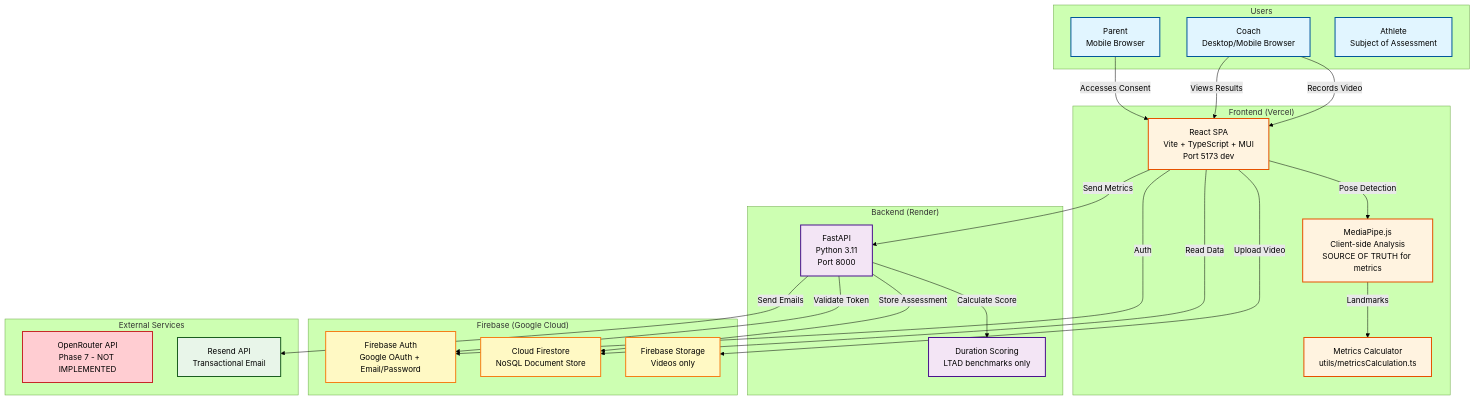
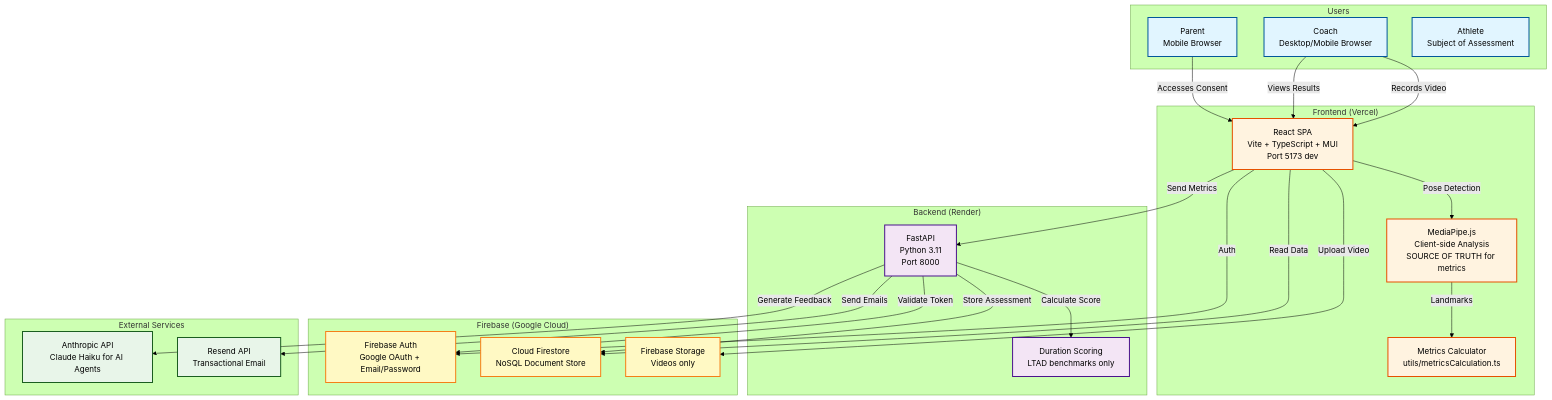
The first of 6 diagrams in ARCHITECTURE.md (finessevanes/ltad-coach), drawn with Mermaid (forest theme) before and after one commit. The commit also changed other lines of this file and 2 other files, not shown here.

First line of the commit message:
chore: update documentation and architecture to reflect Phase 7 completion

````diff
--- a/ARCHITECTURE.md
+++ b/ARCHITECTURE.md
@@ -49,60 +49,60 @@
 ```mermaid
 graph TB
     subgraph Users
         Coach[Coach<br/>Desktop/Mobile Browser]
         Parent[Parent<br/>Mobile Browser]
         Athlete[Athlete<br/>Subject of Assessment]
     end
 
     subgraph "Frontend (Vercel)"
         React[React SPA<br/>Vite + TypeScript + MUI<br/>Port 5173 dev]
         MediaPipeJS[MediaPipe.js<br/>Client-side Analysis<br/>SOURCE OF TRUTH for metrics]
         MetricsCalc[Metrics Calculator<br/>utils/metricsCalculation.ts]
     end
 
     subgraph "Backend (Render)"
         FastAPI[FastAPI<br/>Python 3.11<br/>Port 8000]
         DurationScore[Duration Scoring<br/>LTAD benchmarks only]
     end
 
     subgraph "Firebase (Google Cloud)"
         FireAuth[Firebase Auth<br/>Google OAuth + Email/Password]
         Firestore[Cloud Firestore<br/>NoSQL Document Store]
         FireStorage[Firebase Storage<br/>Videos only]
     end
 
     subgraph "External Services"
-        OpenRouter[OpenRouter API<br/>Phase 7 - NOT IMPLEMENTED]
+        Anthropic[Anthropic API<br/>Claude Haiku for AI Agents]
         Resend[Resend API<br/>Transactional Email]
     end
 
     Coach -->|Records Video| React
     Coach -->|Views Results| React
     Parent -->|Accesses Consent| React
 
     React -->|Pose Detection| MediaPipeJS
     MediaPipeJS -->|Landmarks| MetricsCalc
     React -->|Upload Video| FireStorage
     React -->|Auth| FireAuth
     React -->|Send Metrics| FastAPI
     React -->|Read Data| Firestore
 
     FastAPI -->|Validate Token| FireAuth
     FastAPI -->|Store Assessment| Firestore
     FastAPI -->|Calculate Score| DurationScore
+    FastAPI -->|Generate Feedback| Anthropic
     FastAPI -->|Send Emails| Resend
 
     classDef userClass fill:#e1f5ff,stroke:#01579b,stroke-width:2px
     classDef frontendClass fill:#fff3e0,stroke:#e65100,stroke-width:2px
     classDef backendClass fill:#f3e5f5,stroke:#4a148c,stroke-width:2px
     classDef firebaseClass fill:#fff9c4,stroke:#f57f17,stroke-width:2px
     classDef externalClass fill:#e8f5e9,stroke:#1b5e20,stroke-width:2px
     classDef notImplemented fill:#ffcdd2,stroke:#c62828,stroke-width:2px
 
     class Coach,Parent,Athlete userClass
     class React,MediaPipeJS,MetricsCalc frontendClass
     class FastAPI,DurationScore backendClass
     class FireAuth,Firestore,FireStorage firebaseClass
-    class Resend externalClass
-    class OpenRouter notImplemented
+    class Anthropic,Resend externalClass
 ```
````
